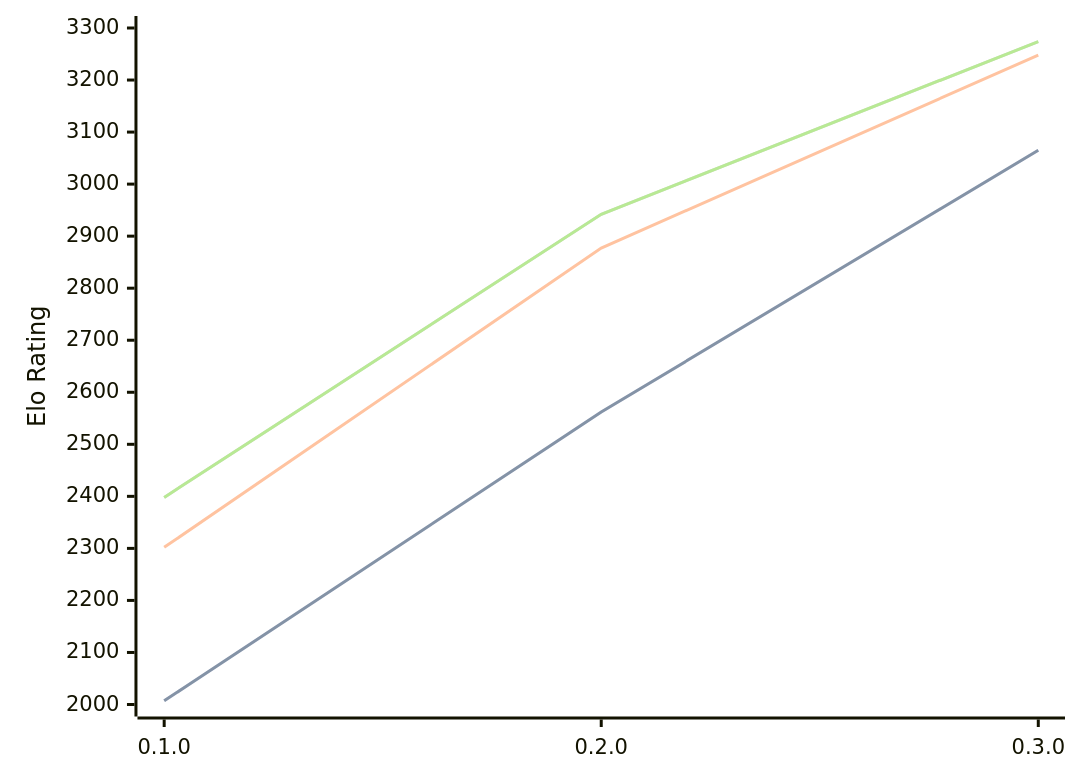
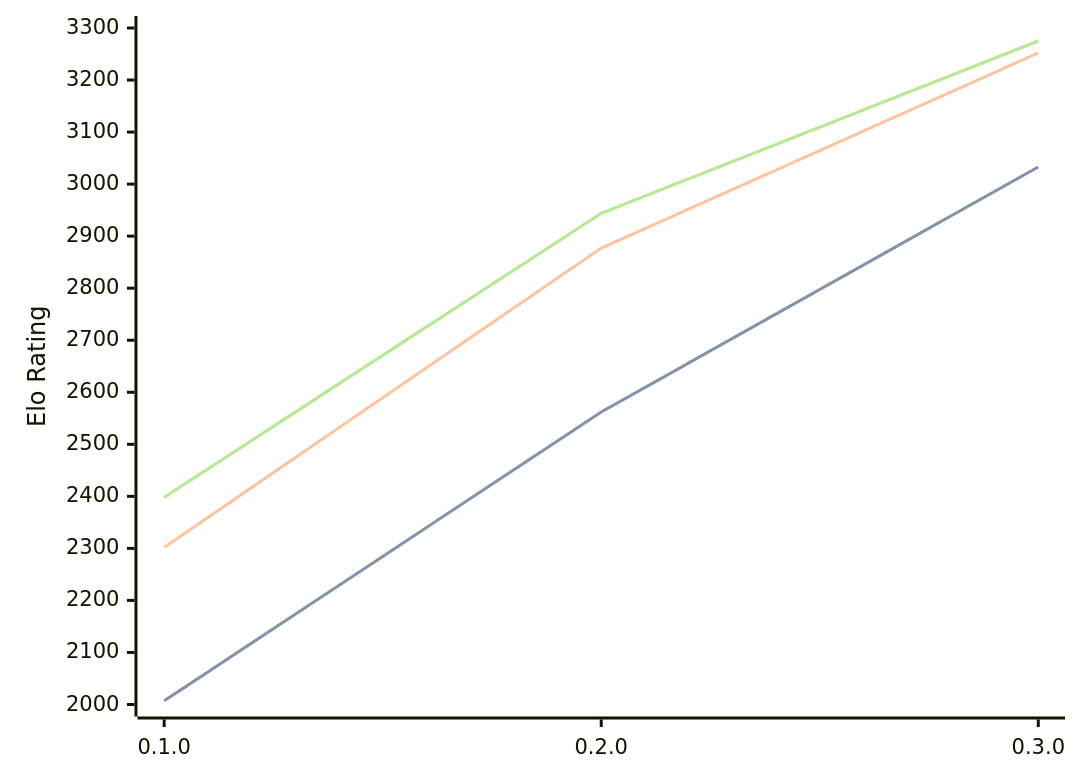
The diagram in engines/Justbot.md (computer-chess-index/cci), drawn with Mermaid before and after one commit. The commit also changed other lines of this file, not shown here.

Commit message:
Update CCI Ratings (ELO VLTC) - 2026-07-21

````diff
--- a/engines/Justbot.md
+++ b/engines/Justbot.md
@@ -33,11 +33,11 @@
 ```mermaid
 %%{init: {"theme":"base","themeVariables":{"seriesColors:['#a3a3a3','#222221','#faa371']}}}%%
 xychart-beta
   x-axis ["0.1.0", "0.2.0", "0.3.0"]
   y-axis "Elo Rating" 2000 --> 3300
-  line "STC (8.0+0.08s)" [2007, 2562, 3065]
-  line "STC (8.0+0.08s)" [2007, 2562, 3065]
-  line "LTC (60.0+0.60s)" [2302, 2877, 3248]
-  line "VLTC (2m24s+1.12s)" [2398, 2942, 3274]
-  line "VLTC (2m24s+1.12s)" [2398, 2942, 3274]
+  line "STC (8.0+0.08s)" [2007, 2562, 3033]
+  line "STC (8.0+0.08s)" [2007, 2562, 3033]
+  line "LTC (60.0+0.60s)" [2302, 2877, 3252]
+  line "VLTC (2m24s+1.12s)" [2398, 2944, 3275]
+  line "VLTC (2m24s+1.12s)" [2398, 2944, 3275]
 ```
````
